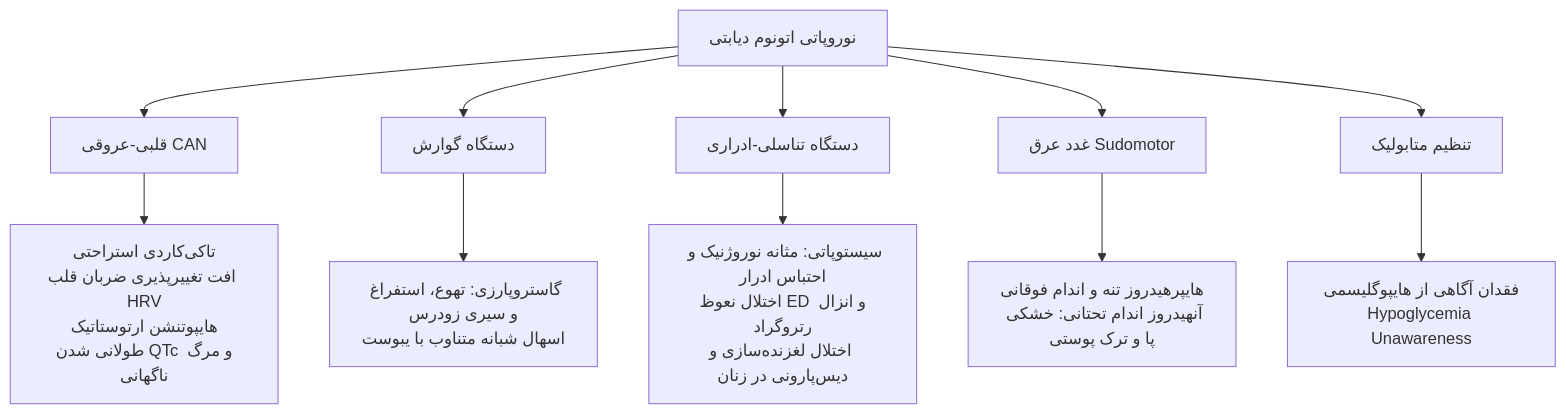
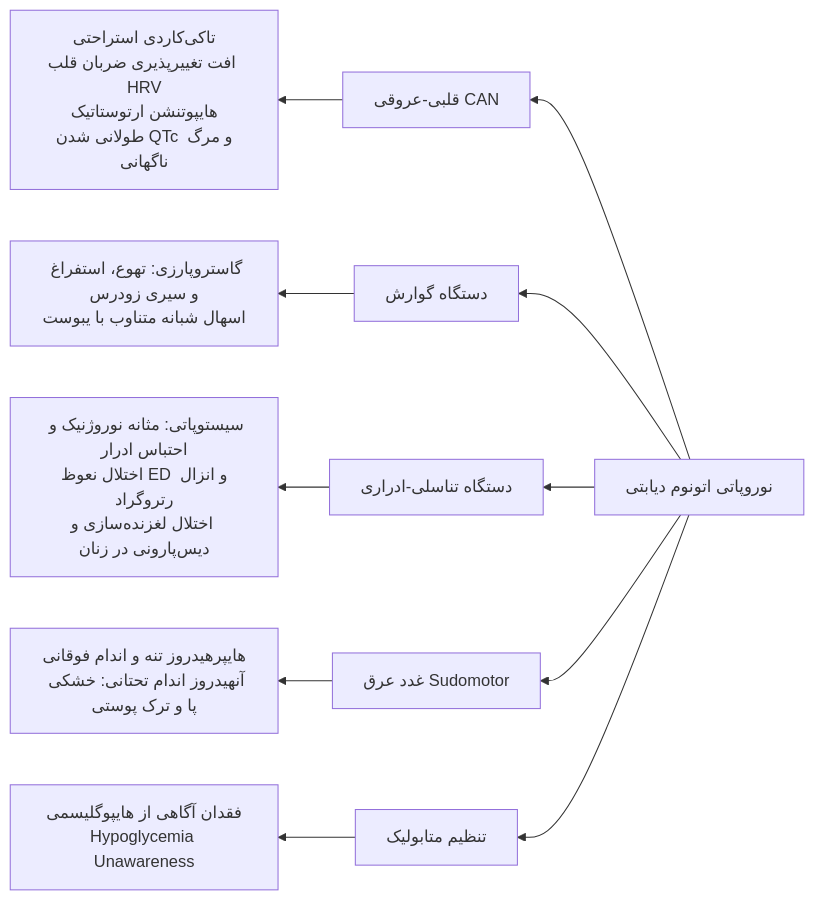
One commit to neopulse-hub/TUMS-1402-1-neo changed the fourth of 5 diagrams in 07/مبانی غدد/عوارض دیابت.md. Above: the diagram before and after it, drawn with Mermaid.

Commit message:
Update عوارض دیابت.md

````diff
--- a/07/مبانی غدد/عوارض دیابت.md
+++ b/07/مبانی غدد/عوارض دیابت.md
@@ -221,14 +221,14 @@
 ```mermaid
-flowchart TD
+flowchart RL
     Auto[نوروپاتی اتونوم دیابتی] --> CVS[قلبی-عروقی CAN]
     Auto --> GIT[دستگاه گوارش]
     Auto --> GUT[دستگاه تناسلی-ادراری]
     Auto --> Sudo[غدد عرق Sudomotor]
     Auto --> Meta[تنظیم متابولیک]
 
     CVS --> CVS_S[تاکی‌کاردی استراحتی<br>افت تغییرپذیری ضربان قلب HRV<br>هایپوتنشن ارتوستاتیک<br>طولانی شدن QTc و مرگ ناگهانی]
     GIT --> GIT_S[گاستروپارزی: تهوع، استفراغ و سیری زودرس<br>اسهال شبانه متناوب با یبوست]
     GUT --> GUT_S[سیستوپاتی: مثانه نوروژنیک و احتباس ادرار<br>اختلال نعوظ ED و انزال رتروگراد<br>اختلال لغزنده‌سازی و دیس‌پارونی در زنان]
     Sudo --> Sudo_S[هایپرهیدروز تنه و اندام فوقانی<br>آنهیدروز اندام تحتانی: خشکی پا و ترک پوستی]
     Meta --> Meta_S[فقدان آگاهی از هایپوگلیسمی<br>Hypoglycemia Unawareness]
 ```
````
